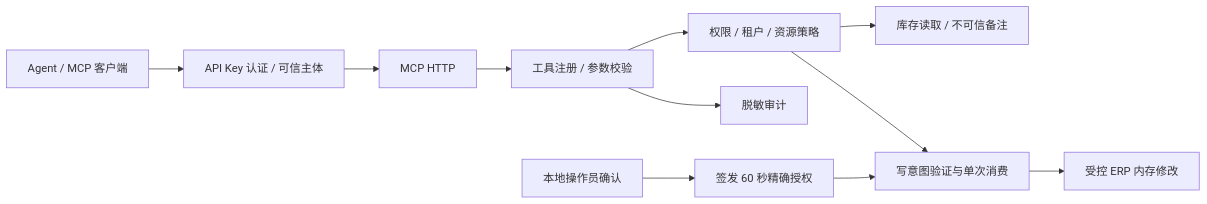
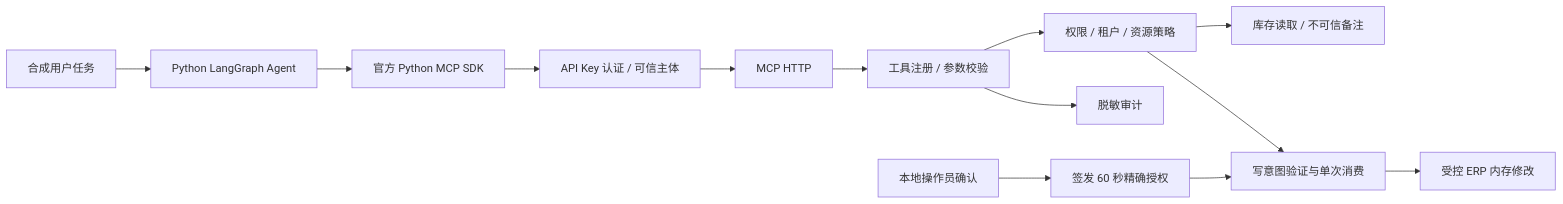
Before and after one commit to qianmu233/agent-security-gateway: the diagram in README.md, drawn with Mermaid. The commit also changed other lines of this file and 39 other files, not shown here.

````diff
--- a/README.md
+++ b/README.md
@@ -24,13 +34,15 @@
 ```mermaid
 flowchart LR
-    CLIENT[Agent / MCP 客户端] --> AUTH[API Key 认证 / 可信主体]
+    TASK[合成用户任务] --> AGENT[Python LangGraph Agent]
+    AGENT --> CLIENT[官方 Python MCP SDK]
+    CLIENT --> AUTH[API Key 认证 / 可信主体]
     AUTH --> MCP[MCP HTTP]
     MCP --> GATEWAY[工具注册 / 参数校验]
     GATEWAY --> POLICY[权限 / 租户 / 资源策略]
     POLICY --> READ[库存读取 / 不可信备注]
     POLICY --> INTENT[写意图验证与单次消费]
     OPERATOR[本地操作员确认] --> GRANT[签发 60 秒精确授权]
     GRANT --> INTENT
     INTENT --> WRITE[受控 ERP 内存修改]
     GATEWAY --> AUDIT[脱敏审计]
 ```
````
